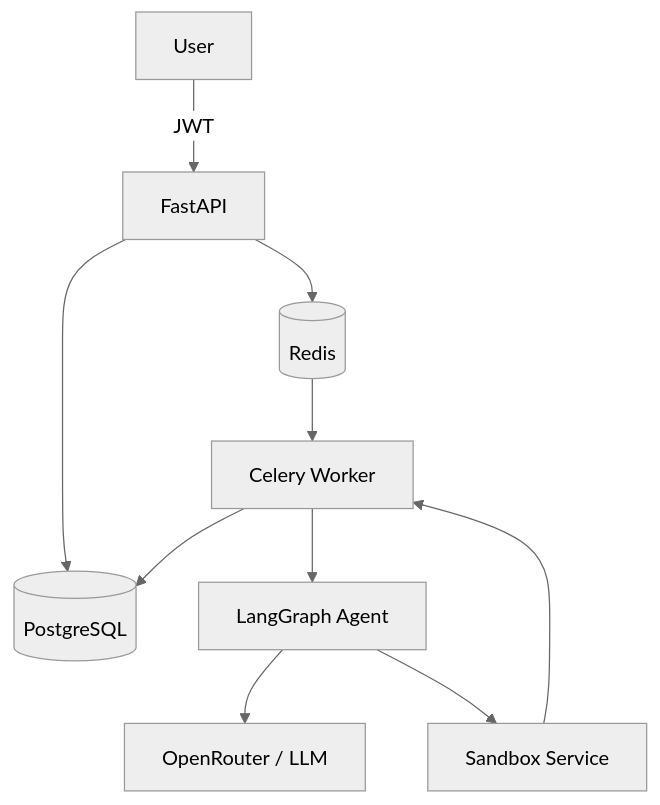
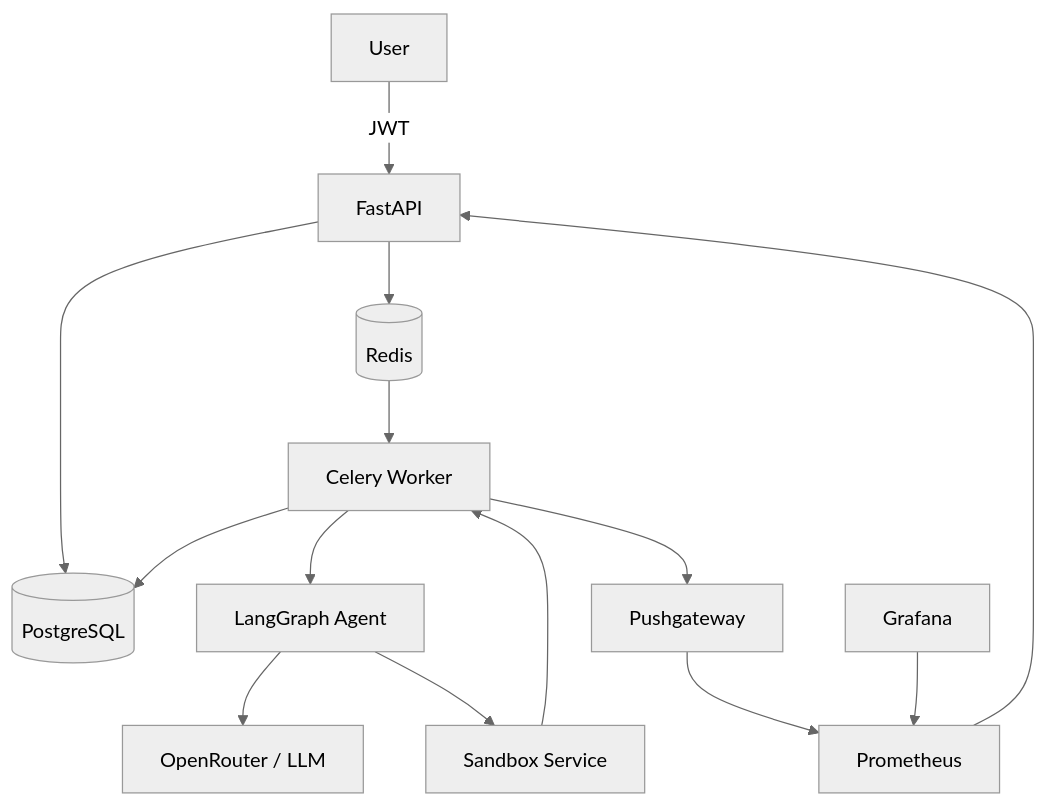
The diagram in readme.md (Ma-Sheikhani/data-scientist-agent), drawn with Mermaid (neutral theme) before and after one commit. The commit also changed other lines of this file and 1 other file, not shown here.

````diff
--- a/readme.md
+++ b/readme.md
@@ -33,12 +35,17 @@
 ```mermaid
 graph TD
     User -->|JWT| API[FastAPI]
     API --> DB[(PostgreSQL)]
     API --> Redis[(Redis)]
     Redis --> Worker[Celery Worker]
     Worker --> Agent[LangGraph Agent]
     Agent --> LLM[OpenRouter / LLM]
     Agent --> Sandbox[Sandbox Service]
     Sandbox --> Worker
     Worker --> DB
+
+    Prometheus --> API
+    Worker --> Pushgateway
+    Pushgateway --> Prometheus
+    Grafana --> Prometheus
 ```
````
